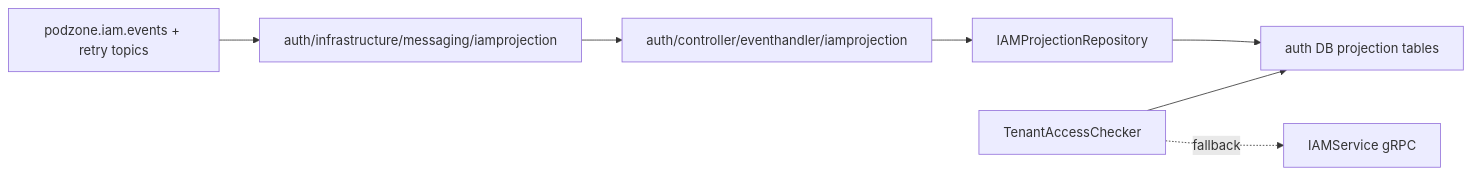
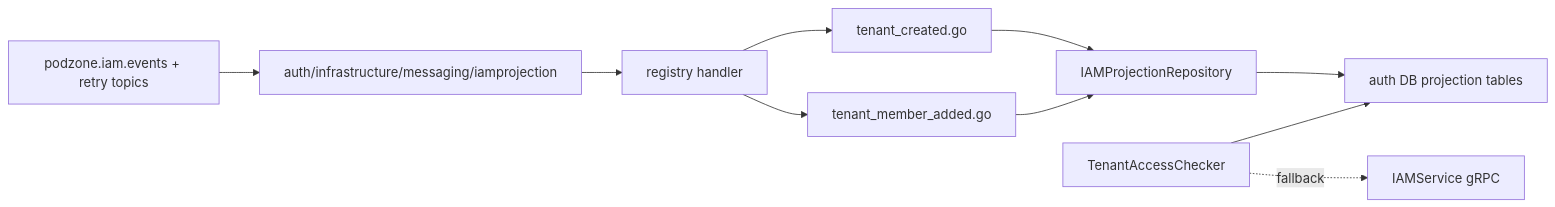
One commit to tuannm99/podzone changed the second of 2 diagrams in docs/architecture/async-messaging.md. Above: the diagram before and after it, drawn with Mermaid. The commit also changed other lines of this file and 5 other files, not shown here.

````diff
--- a/docs/architecture/async-messaging.md
+++ b/docs/architecture/async-messaging.md
@@ -49,16 +104,21 @@
 ```mermaid
 flowchart LR
     Kafka["podzone.iam.events + retry topics"]
     Worker["auth/infrastructure/messaging/iamprojection"]
-    Handler["auth/controller/eventhandler/iamprojection"]
+    Handler["registry handler"]
+    TenantCreated["tenant_created.go"]
+    TenantMemberAdded["tenant_member_added.go"]
     Repo["IAMProjectionRepository"]
     AuthDB["auth DB projection tables"]
     TenantAccess["TenantAccessChecker"]
 
     Kafka --> Worker
     Worker --> Handler
-    Handler --> Repo
+    Handler --> TenantCreated
+    Handler --> TenantMemberAdded
+    TenantCreated --> Repo
+    TenantMemberAdded --> Repo
     Repo --> AuthDB
     TenantAccess --> AuthDB
     TenantAccess -. fallback .-> IAM["IAMService gRPC"]
 ```
````
